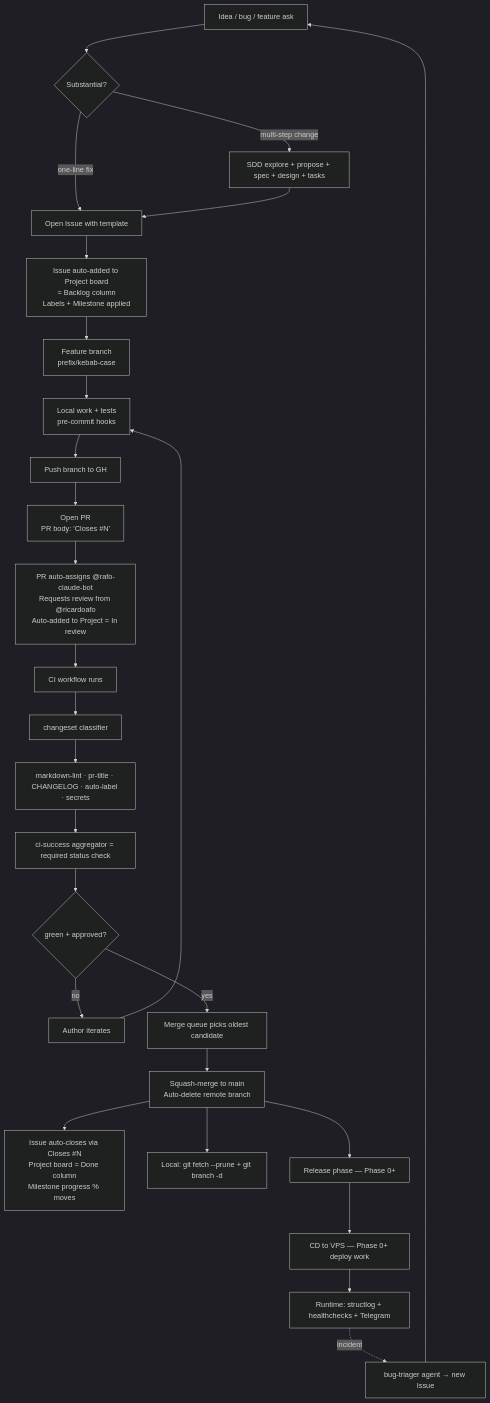
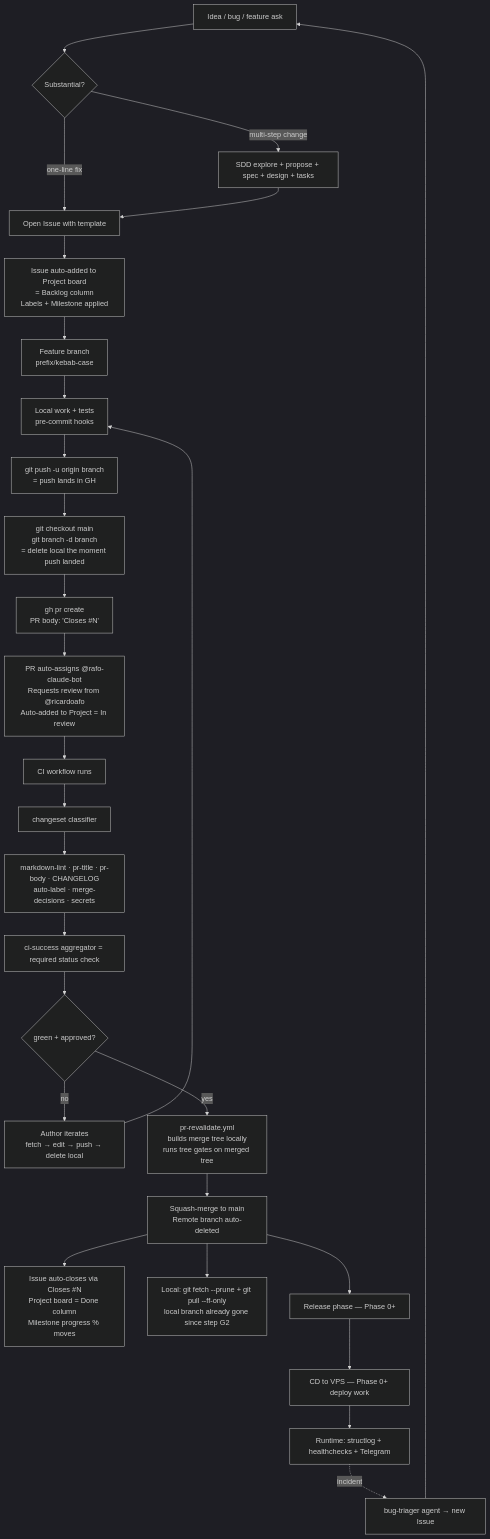
The diagram in docs/guides/ai-development-lifecycle.md (ricardoafo/hermes), drawn with Mermaid (dark theme) before and after one commit.

Commit message:
docs: update lifecycle mermaid diagram — reflect current PR flow
- Split push (G) from local branch delete (G2) so the diagram shows
  the discipline: push completes -> local branch deleted -> PR opened
- Iteration loop (L) now shows the same fetch/edit/push/delete cycle
- Merge node (M) renamed to pr-revalidate.yml with its actual role
  (builds merge tree locally, runs tree gates)
- Post-merge node (P) drops the branch -d step (already gone in G2)
- CI job list (J2) adds pr-body and merge-decisions
- Quote node labels that contain @, arrows, or em-dashes so mermaid
  parses them cleanly

````diff
--- a/docs/guides/ai-development-lifecycle.md
+++ b/docs/guides/ai-development-lifecycle.md
@@ -18,33 +18,34 @@
 ```mermaid
 flowchart TB
     A[Idea / bug / feature ask] --> B{Substantial?}
     B -- one-line fix --> C1[Open Issue with template]
     B -- multi-step change --> C2[SDD explore + propose + spec + design + tasks]
     C2 --> C1
     C1 --> D[Issue auto-added to Project board<br/>= Backlog column<br/>Labels + Milestone applied]
 
     D --> E[Feature branch<br/>prefix/kebab-case]
     E --> F[Local work + tests<br/>pre-commit hooks]
-    F --> G[Push branch to GH]
-    G --> H[Open PR<br/>PR body: 'Closes #N']
+    F --> G[git push -u origin branch<br/>= push lands in GH]
+    G --> G2[git checkout main<br/>git branch -d branch<br/>= delete local the moment push landed]
+    G2 --> H[gh pr create<br/>PR body: 'Closes #N']
 
-    H --> I[PR auto-assigns @rafo-claude-bot<br/>Requests review from @ricardoafo<br/>Auto-added to Project = In review]
+    H --> I["PR auto-assigns @rafo-claude-bot<br/>Requests review from @ricardoafo<br/>Auto-added to Project = In review"]
 
     I --> J[CI workflow runs]
     J --> J1[changeset classifier]
-    J1 --> J2[markdown-lint · pr-title · CHANGELOG · auto-label · secrets]
+    J1 --> J2["markdown-lint · pr-title · pr-body · CHANGELOG<br/>auto-label · merge-decisions · secrets"]
     J2 --> J3[ci-success aggregator = required status check]
 
     J3 --> K{green + approved?}
-    K -- no --> L[Author iterates] --> F
-    K -- yes --> M[Merge queue picks oldest candidate]
-    M --> N[Squash-merge to main<br/>Auto-delete remote branch]
+    K -- no --> L["Author iterates<br/>fetch → edit → push → delete local"] --> F
+    K -- yes --> M["pr-revalidate.yml<br/>builds merge tree locally<br/>runs tree gates on merged tree"]
+    M --> N["Squash-merge to main<br/>Remote branch auto-deleted"]
 
-    N --> O[Issue auto-closes via Closes #N<br/>Project board = Done column<br/>Milestone progress % moves]
-    N --> P[Local: git fetch --prune + git branch -d]
+    N --> O["Issue auto-closes via Closes #N<br/>Project board = Done column<br/>Milestone progress % moves"]
+    N --> P["Local: git fetch --prune + git pull --ff-only<br/>local branch already gone since step G2"]
 
-    N --> Q[Release phase — Phase 0+]
-    Q --> R[CD to VPS — Phase 0+ deploy work]
-    R --> S[Runtime: structlog + healthchecks + Telegram]
-    S -.->|incident| T[bug-triager agent → new Issue] --> A
+    N --> Q["Release phase — Phase 0+"]
+    Q --> R["CD to VPS — Phase 0+ deploy work"]
+    R --> S["Runtime: structlog + healthchecks + Telegram"]
+    S -.->|incident| T["bug-triager agent → new Issue"] --> A
 ```
````
